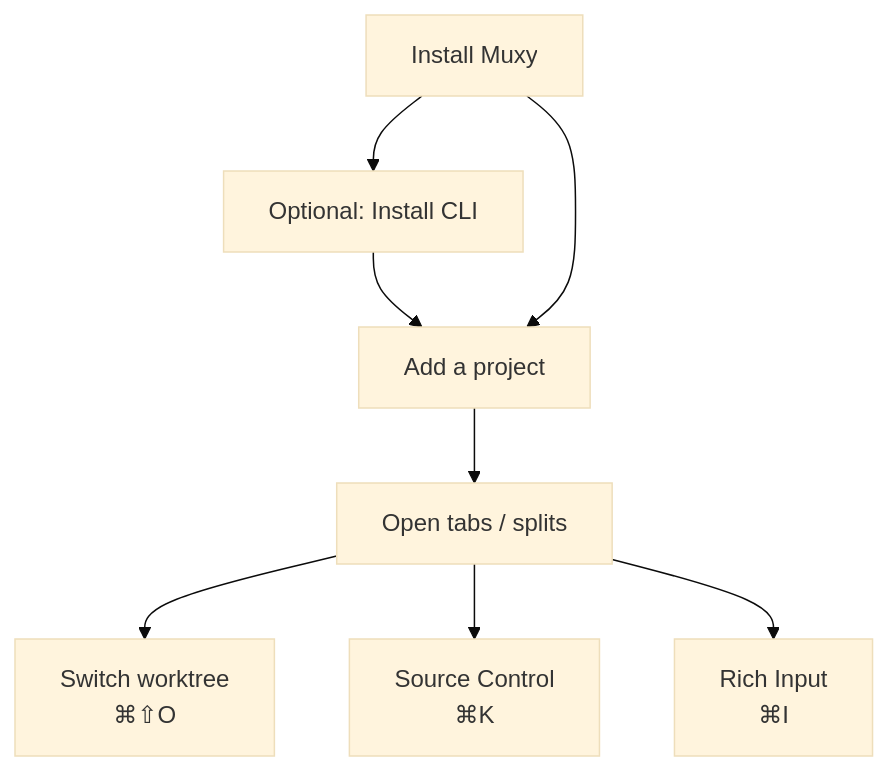
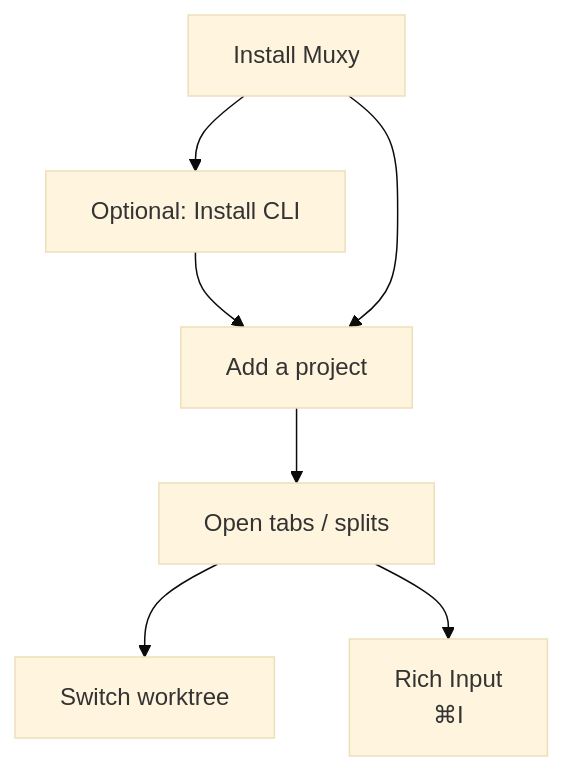
The diagram in docs/user-guide/getting-started.md (Mu-L/muxy), drawn with Mermaid (base theme) before and after one commit. The commit also changed other lines of this file and 38 other files, not shown here.

````diff
--- a/docs/user-guide/getting-started.md
+++ b/docs/user-guide/getting-started.md
@@ -5,10 +5,9 @@
 ```mermaid
 flowchart TB
   Install[Install Muxy] --> CLI[Optional: Install CLI]
   CLI --> Add[Add a project]
   Install --> Add
   Add --> Tabs[Open tabs / splits]
-  Tabs --> Worktree[Switch worktree<br/>⌘⇧O]
-  Tabs --> VCS[Source Control<br/>⌘K]
+  Tabs --> Worktree[Switch worktree]
   Tabs --> Rich[Rich Input<br/>⌘I]
 ```
````
